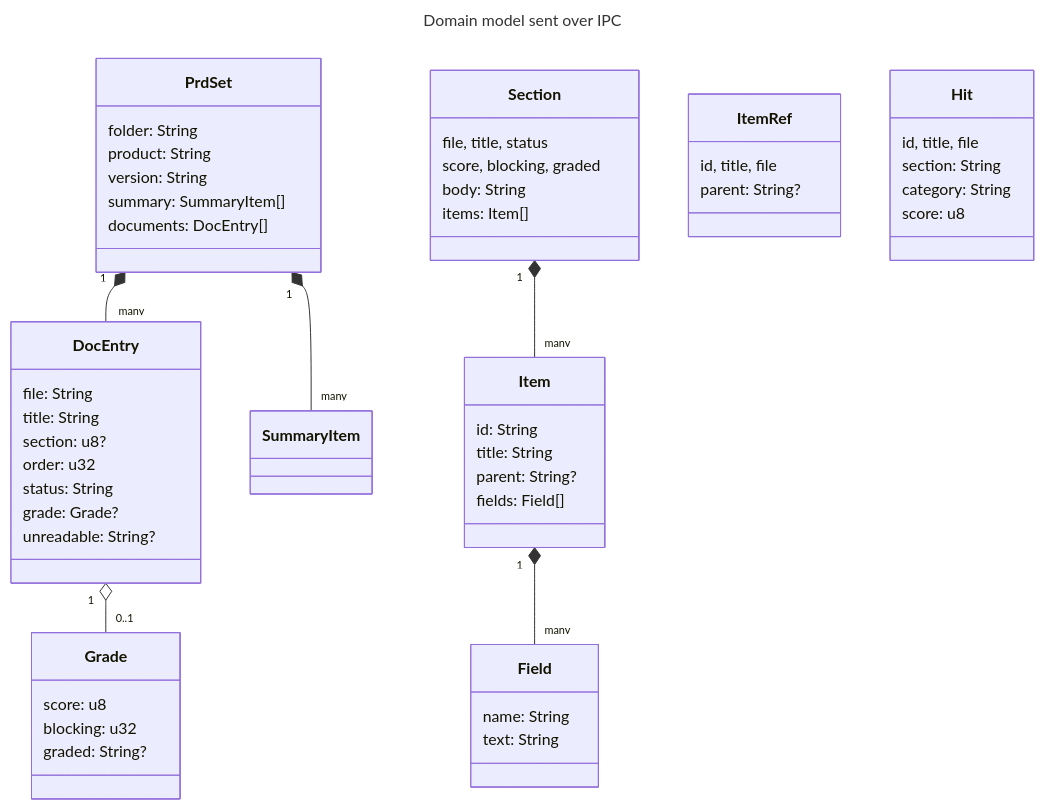
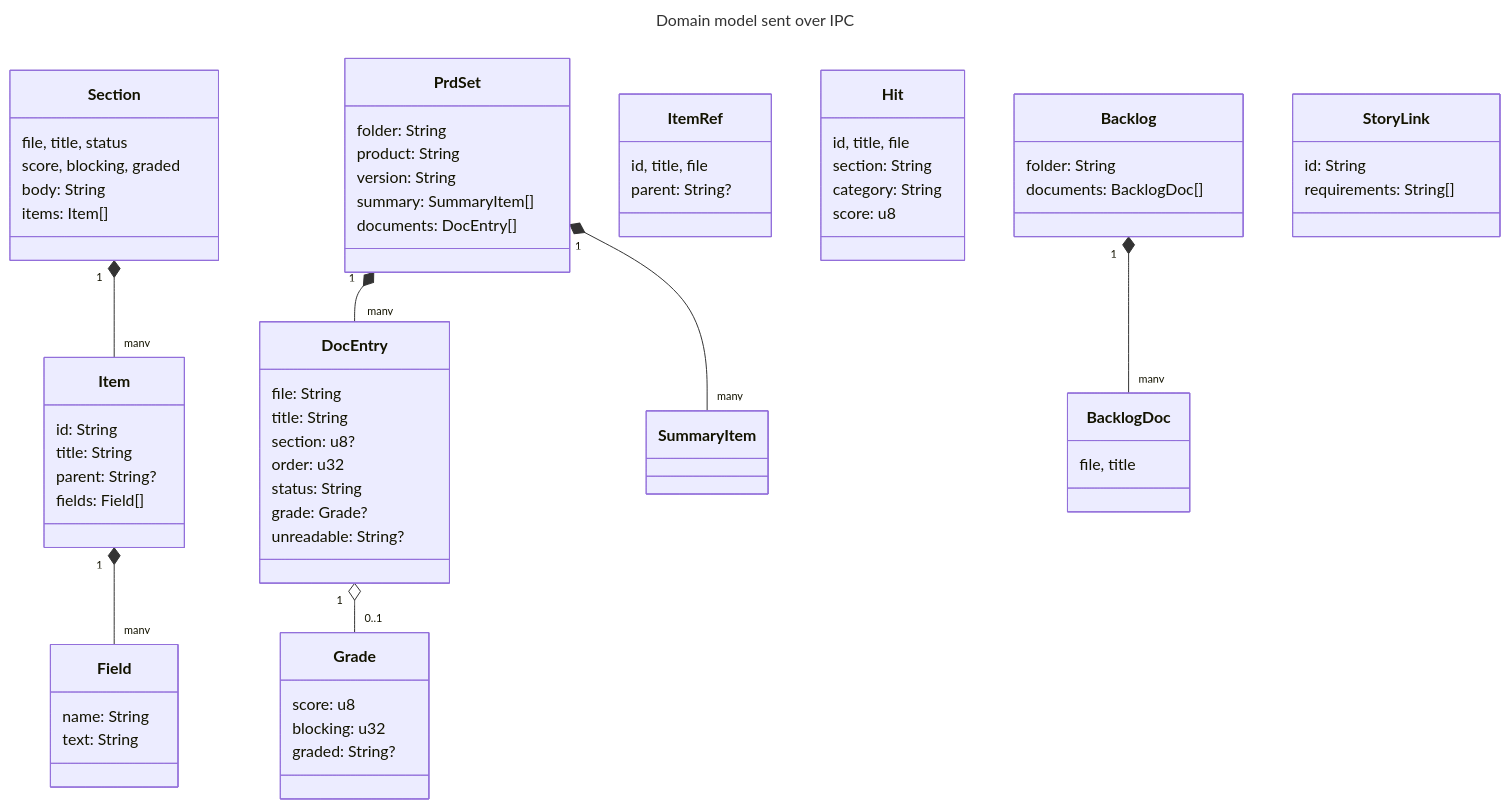
Before and after one commit to SpillwaveSolutions/prd-forge-viewer: diagram 18 of 21 in docs/designs/current_design_doc.md, drawn with Mermaid. The commit also changed other lines of this file and 8 other files, not shown here.

````diff
--- a/docs/designs/current_design_doc.md
+++ b/docs/designs/current_design_doc.md
@@ -914,58 +1008,70 @@
 ```mermaid
 ---
 title: Domain model sent over IPC
 ---
 classDiagram
     class PrdSet {
         folder: String
         product: String
         version: String
         summary: SummaryItem[]
         documents: DocEntry[]
     }
     class DocEntry {
         file: String
         title: String
         section: u8?
         order: u32
         status: String
         grade: Grade?
         unreadable: String?
     }
     class Grade {
         score: u8
         blocking: u32
         graded: String?
     }
     class Section {
         file, title, status
         score, blocking, graded
         body: String
         items: Item[]
     }
     class Item {
         id: String
         title: String
         parent: String?
         fields: Field[]
     }
     class Field {
         name: String
         text: String
     }
     class ItemRef {
         id, title, file
         parent: String?
     }
     class Hit {
         id, title, file
         section: String
         category: String
         score: u8
     }
+    class Backlog {
+        folder: String
+        documents: BacklogDoc[]
+    }
+    class BacklogDoc {
+        file, title
+    }
+    class StoryLink {
+        id: String
+        requirements: String[]
+    }
+    Backlog "1" *-- "many" BacklogDoc
     PrdSet "1" *-- "many" DocEntry
     PrdSet "1" *-- "many" SummaryItem
     DocEntry "1" o-- "0..1" Grade
     Section "1" *-- "many" Item
     Item "1" *-- "many" Field
 ```
````
